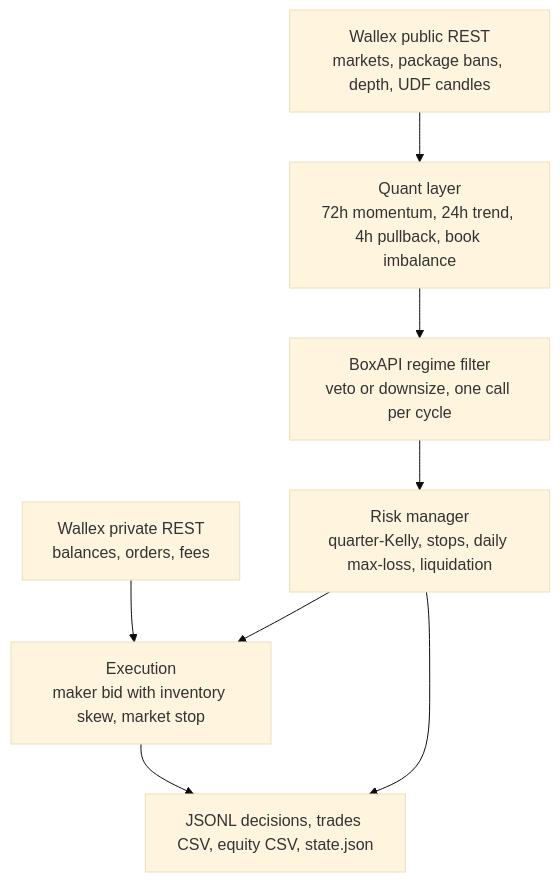
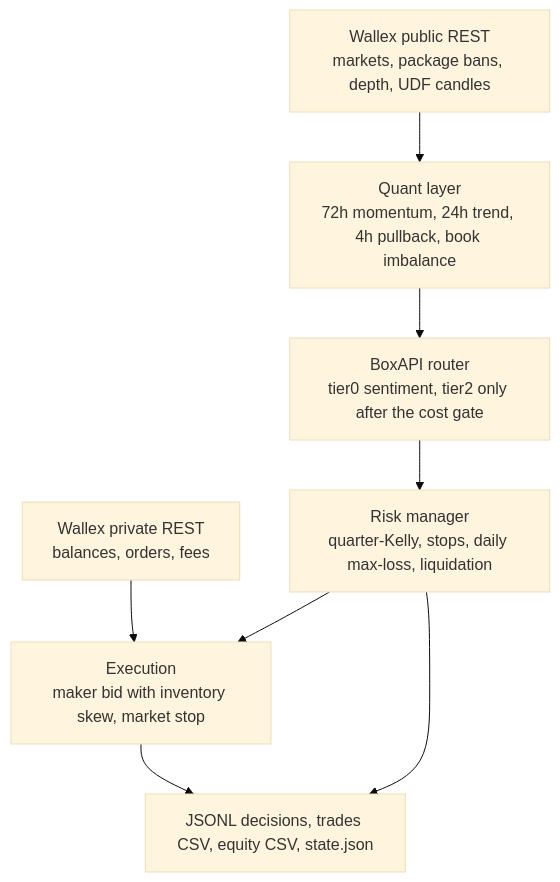
The diagram in STRATEGY.md (alikarami76/wallex-ai-trader), drawn with Mermaid (base theme) before and after one commit. The commit also changed other lines of this file and 8 other files, not shown here.

First line of the commit message:
feat: route BoxAPI calls by effort tier

````diff
--- a/STRATEGY.md
+++ b/STRATEGY.md
@@ -7,18 +7,18 @@
 ```mermaid
 flowchart TD
   public["Wallex public REST<br/>markets, package bans, depth, UDF candles"]
   private["Wallex private REST<br/>balances, orders, fees"]
   quant["Quant layer<br/>72h momentum, 24h trend, 4h pullback, book imbalance"]
-  agent["BoxAPI regime filter<br/>veto or downsize, one call per cycle"]
+  agent["BoxAPI router<br/>tier0 sentiment, tier2 only after the cost gate"]
   risk["Risk manager<br/>quarter-Kelly, stops, daily max-loss, liquidation"]
   exec["Execution<br/>maker bid with inventory skew, market stop"]
   journal["JSONL decisions, trades CSV, equity CSV, state.json"]
 
   public --> quant
   quant --> agent
   agent --> risk
   risk --> exec
   private --> exec
   exec --> journal
   risk --> journal
 ```
````
